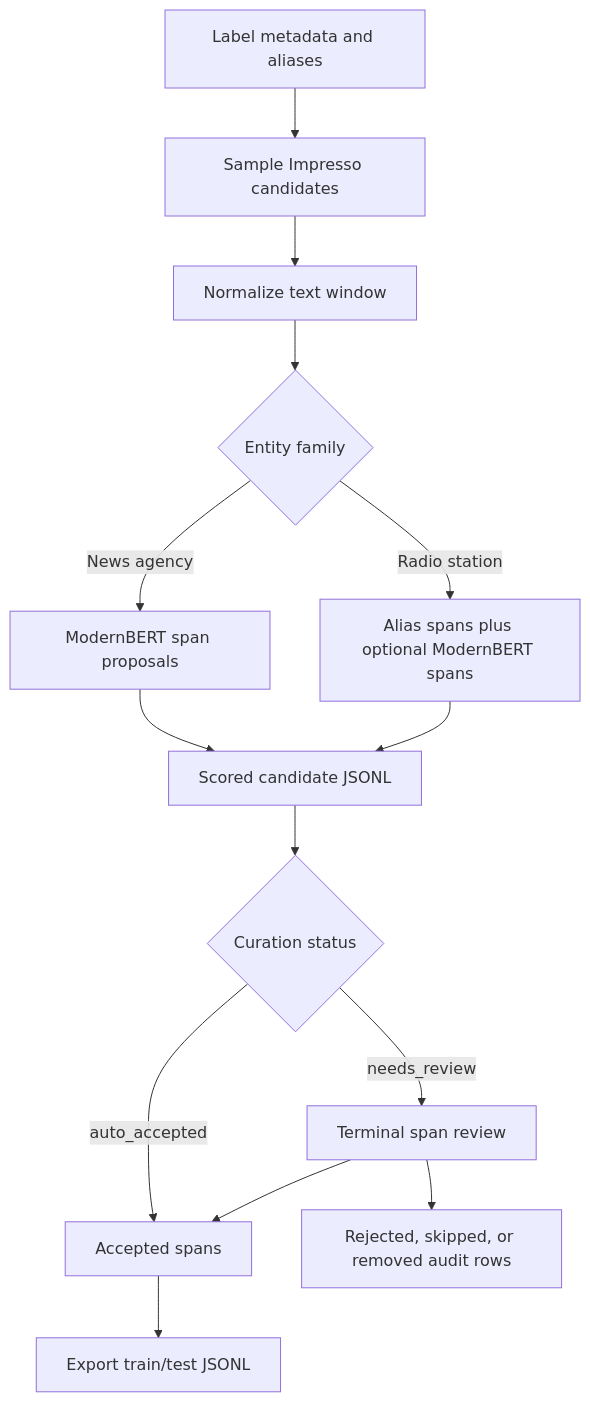
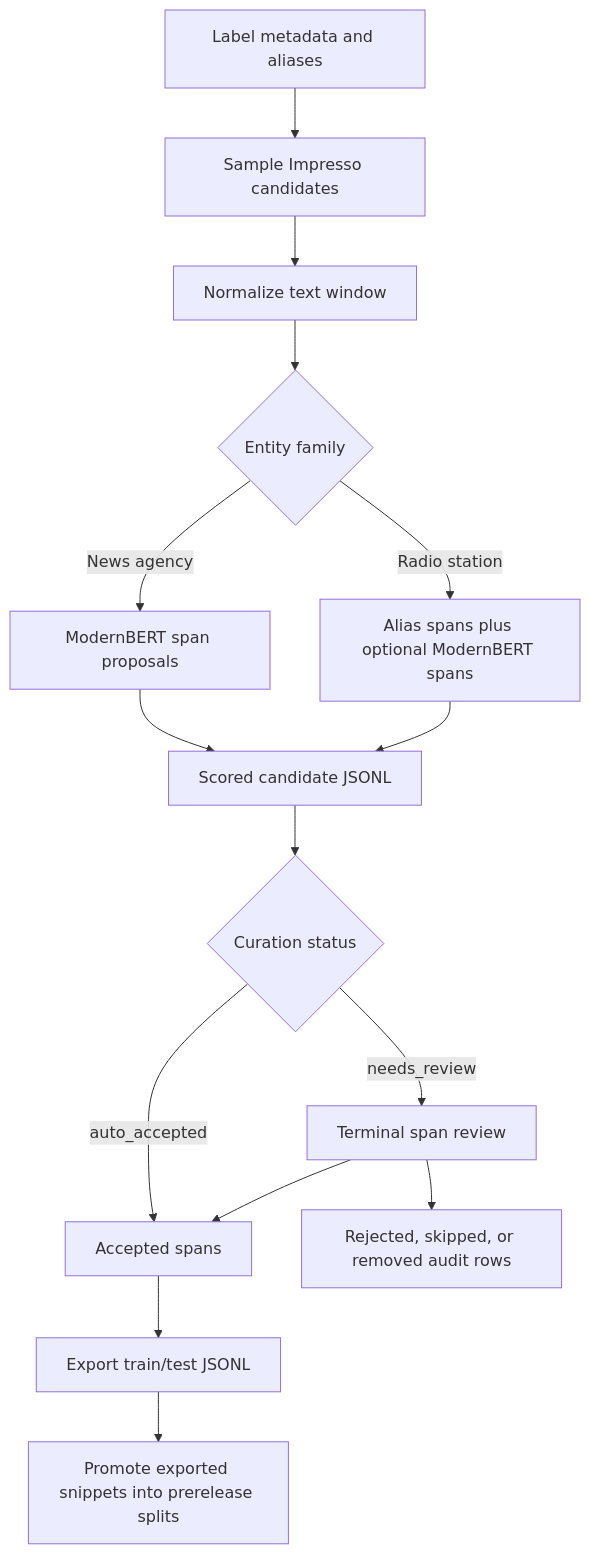
The seventh of 10 diagrams in docs/workflows.md (impresso/impresso-mediasources-ner-workbench), drawn with Mermaid before and after one commit. The commit also changed other lines of this file and 12 other files, not shown here.

````diff
--- a/docs/workflows.md
+++ b/docs/workflows.md
@@ -133,16 +133,17 @@
 ```mermaid
 flowchart TD
   A[Label metadata and aliases] --> B[Sample Impresso candidates]
   B --> C[Normalize text window]
   C --> D{Entity family}
   D -->|News agency| E[ModernBERT span proposals]
   D -->|Radio station| F[Alias spans plus optional ModernBERT spans]
   E --> G[Scored candidate JSONL]
   F --> G
   G --> H{Curation status}
   H -->|auto_accepted| I[Accepted spans]
   H -->|needs_review| J[Terminal span review]
   J --> I
   J --> K[Rejected, skipped, or removed audit rows]
   I --> L[Export train/test JSONL]
+  L --> M[Promote exported snippets into prerelease splits]
 ```
````
